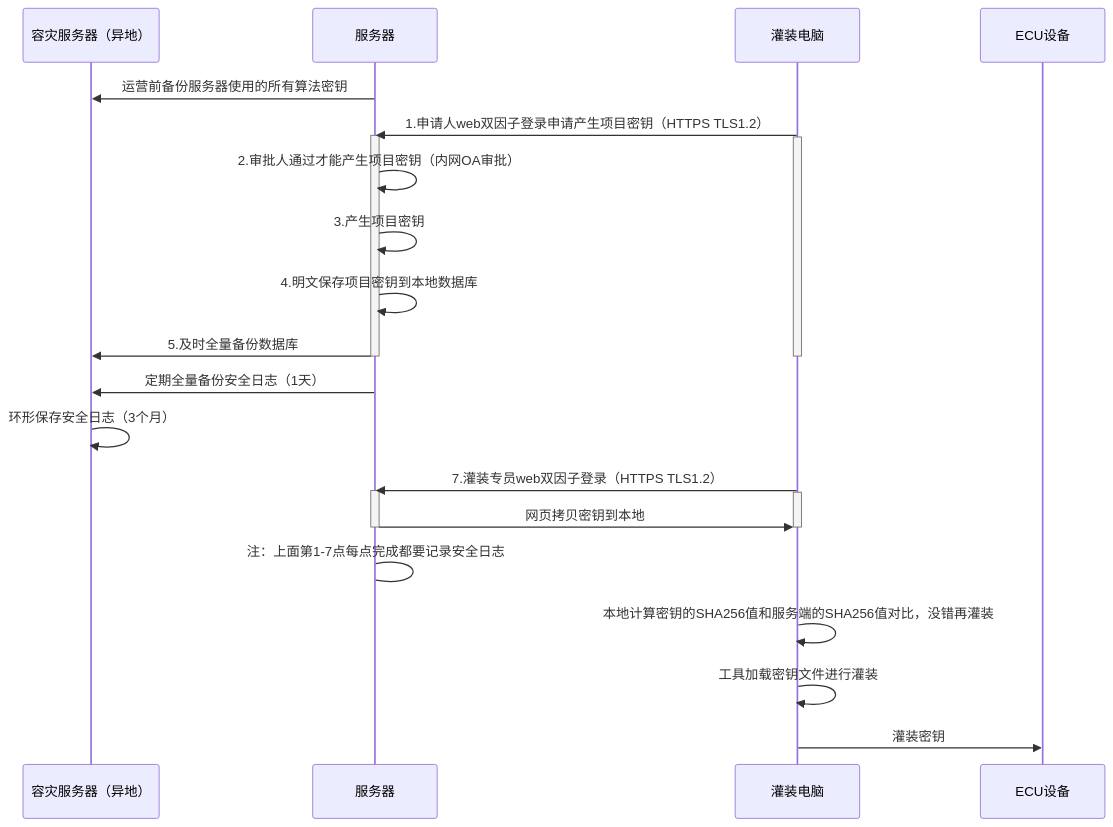
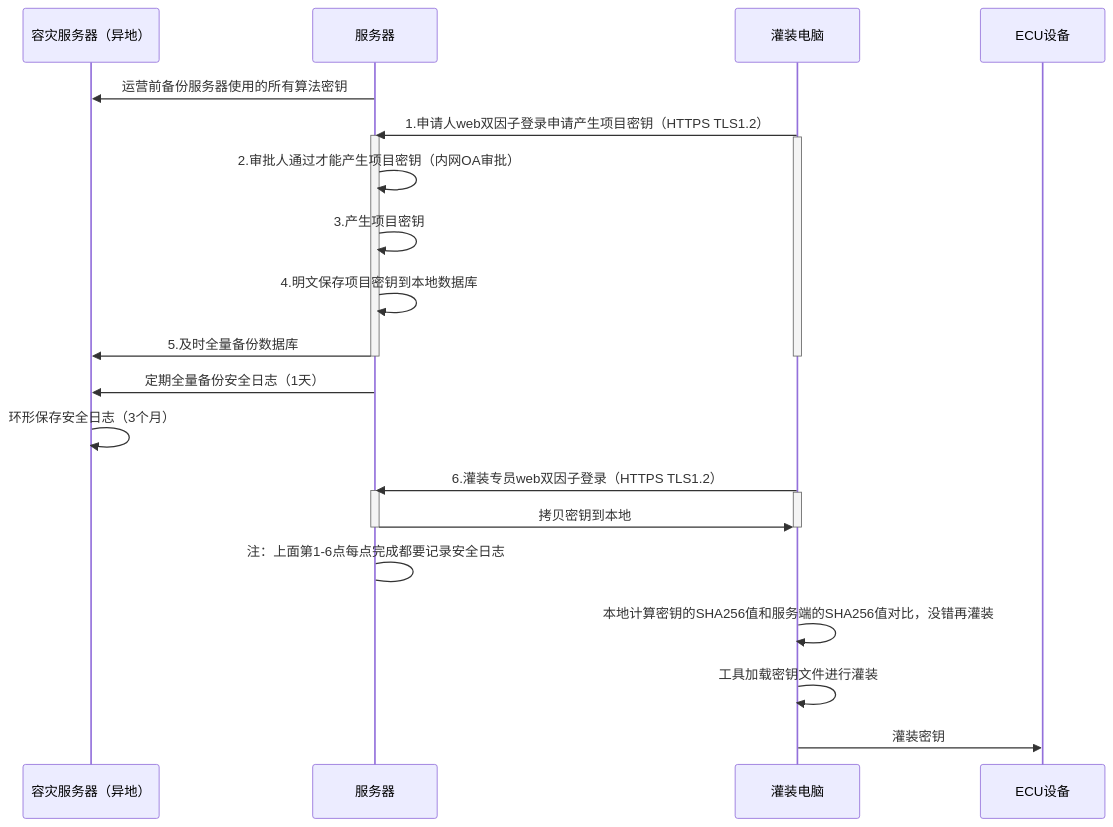
One commit to facebook-cloud/iodraw-files changed the diagram in all/未命名-20.md. Above: the diagram before and after it, drawn with Mermaid.

Commit message:
2026-03-28 09:35:52 update

````diff
--- a/all/未命名-20.md
+++ b/all/未命名-20.md
@@ -1,35 +1,35 @@
 ```mermaid
 sequenceDiagram
     participant A as 容灾服务器（异地）
     participant B as 服务器
     participant D as 灌装电脑
     participant E as ECU设备
 
     B->>A: 运营前备份服务器使用的所有算法密钥
     D->>B: 1.申请人web双因子登录申请产生项目密钥（HTTPS TLS1.2）
     activate B
     activate D
     B->>B: 2.审批人通过才能产生项目密钥（内网OA审批）
     B->>B: 3.产生项目密钥
     B->>B: 4.明文保存项目密钥到本地数据库
     B->>A: 5.及时全量备份数据库
 
     deactivate B
     deactivate D
 
     B->>A: 定期全量备份安全日志（1天）
     A->>A: 环形保存安全日志（3个月）
     
-    D->>B: 7.灌装专员web双因子登录（HTTPS TLS1.2）
+    D->>B: 6.灌装专员web双因子登录（HTTPS TLS1.2）
     activate B
     activate D
-    B->>D: 网页拷贝密钥到本地
+    B->>D: 拷贝密钥到本地
     deactivate B
     deactivate D
-    B->B: 注：上面第1-7点每点完成都要记录安全日志
+    B->B: 注：上面第1-6点每点完成都要记录安全日志
 
     D->>D:本地计算密钥的SHA256值和服务端的SHA256值对比，没错再灌装
     D->>D:工具加载密钥文件进行灌装
     
     D->>E: 灌装密钥
 ```
````
